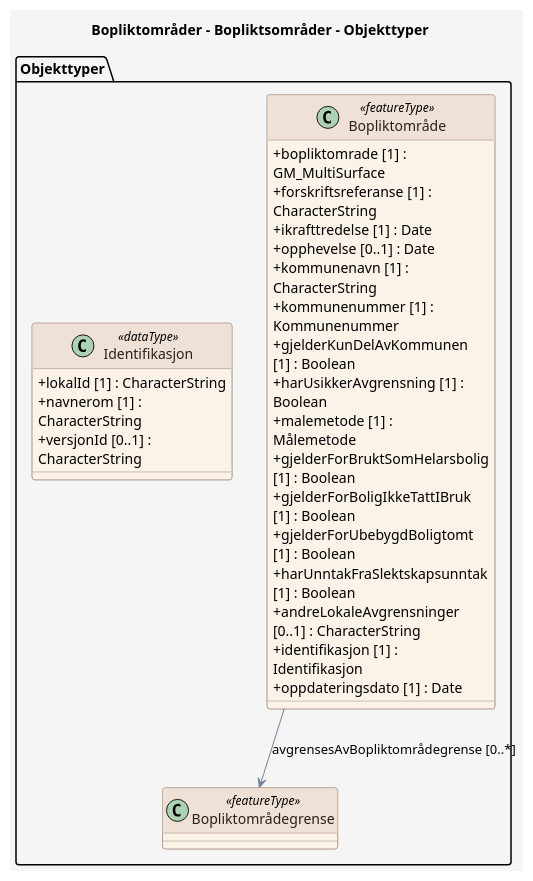
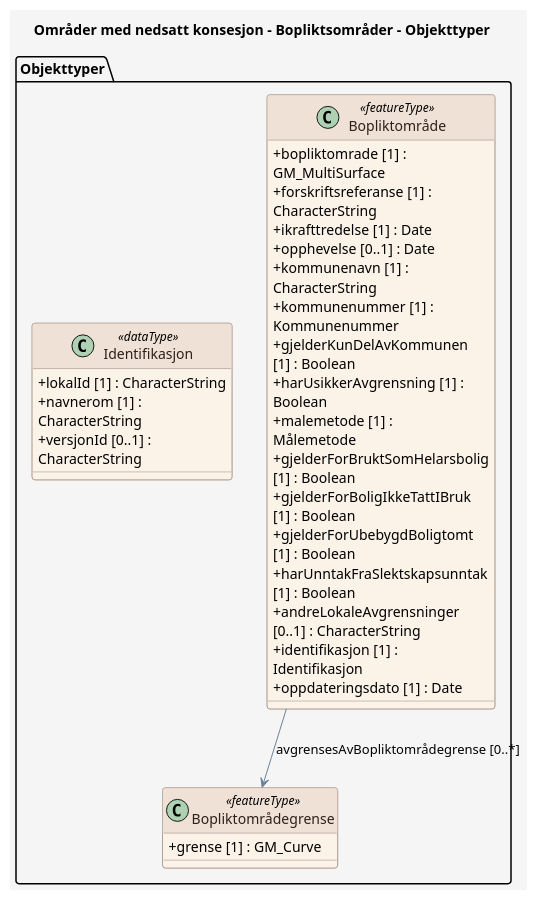
The diagram in produktspesifikasjon/bopliktomrader/bopliktsomrader/bopliktsomrader_feature_catalogue.puml (larsingea/ps_demo2), drawn with PlantUML before and after one commit. The commit also changed 14 other files, not shown here.

```diff
--- a/produktspesifikasjon/bopliktomrader/bopliktsomrader/bopliktsomrader_feature_catalogue.puml
+++ b/produktspesifikasjon/bopliktomrader/bopliktsomrader/bopliktsomrader_feature_catalogue.puml
@@ -1,65 +1,65 @@
 @startuml
 ' For wide diagrams, render with: plantuml -DPLANTUML_LIMIT_SIZE=16384 ...
 ' The 'scale max' directive below caps the rendered output to prevent the
 ' default PlantUML 4096px size limit from cropping the diagram.
 scale max 4000*4000
 
-title Bopliktområder - Bopliktsområder - Objekttyper
+title Områder med nedsatt konsesjon - Bopliktsområder - Objekttyper
 
 skinparam backgroundColor #F5F5F5
 skinparam shadowing false
 skinparam RoundCorner 6
 skinparam ArrowColor #6C8198
 skinparam wrapWidth 200
 skinparam class {
   BackgroundColor #FBF2E8
   BorderColor #9C8578
   FontColor #2D201A
   HeaderBackgroundColor #EFE1D6
   HeaderFontColor #2D201A
   AttributeIconSize 0
 }
 skinparam note {
   BackgroundColor #FFFFFF
   BorderColor #6C8198
   FontColor #2D201A
 }
 skinparam stereotypeCBackgroundColor #EAD9CE
 skinparam stereotypeCBorderColor #9C8578
 skinparam stereotypeCFontColor #2D201A
 
 package "Objekttyper" {
 
   class "Bopliktområde" as Bopliktomr_de <<featureType>> {
     + bopliktomrade [1] : GM_MultiSurface
     + forskriftsreferanse [1] : CharacterString
     + ikrafttredelse [1] : Date
     + opphevelse [0..1] : Date
     + kommunenavn [1] : CharacterString
     + kommunenummer [1] : Kommunenummer
     + gjelderKunDelAvKommunen [1] : Boolean
     + harUsikkerAvgrensning [1] : Boolean
     + malemetode [1] : Målemetode
     + gjelderForBruktSomHelarsbolig [1] : Boolean
     + gjelderForBoligIkkeTattIBruk [1] : Boolean
     + gjelderForUbebygdBoligtomt [1] : Boolean
     + harUnntakFraSlektskapsunntak [1] : Boolean
     + andreLokaleAvgrensninger [0..1] : CharacterString
     + identifikasjon [1] : Identifikasjon
     + oppdateringsdato [1] : Date
   }
 
   class "Bopliktområdegrense" as Bopliktomr_degrense <<featureType>> {
-    ' Ingen attributter
+    + grense [1] : GM_Curve
   }
 
   class Identifikasjon <<dataType>> {
     + lokalId [1] : CharacterString
     + navnerom [1] : CharacterString
     + versjonId [0..1] : CharacterString
   }
 }
 
   Bopliktomr_de --> Bopliktomr_degrense : avgrensesAvBopliktområdegrense [0..*]
 
 @enduml
```
